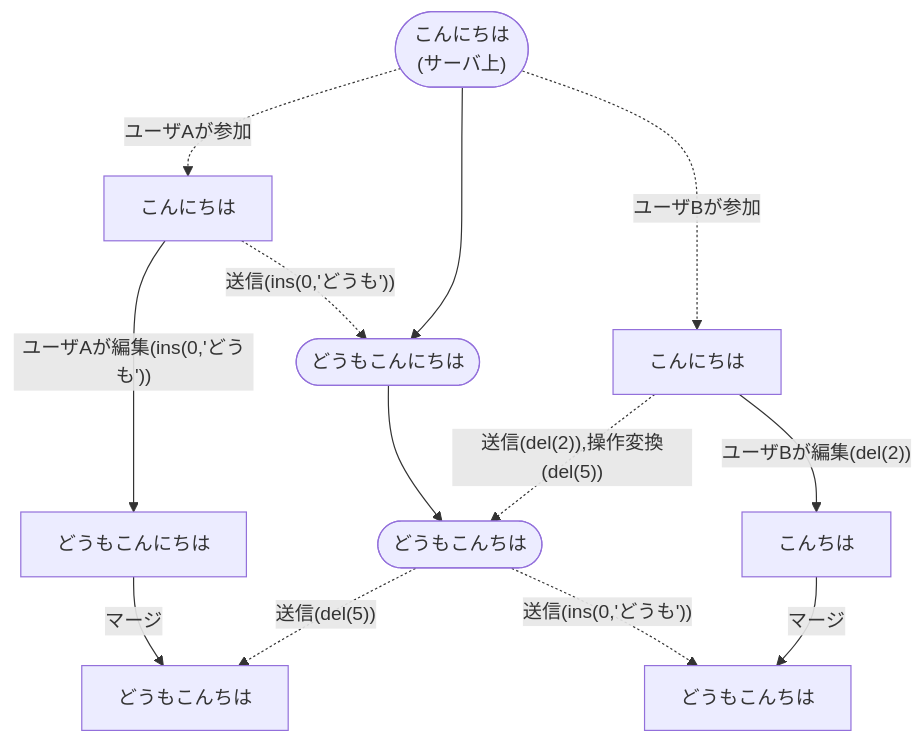
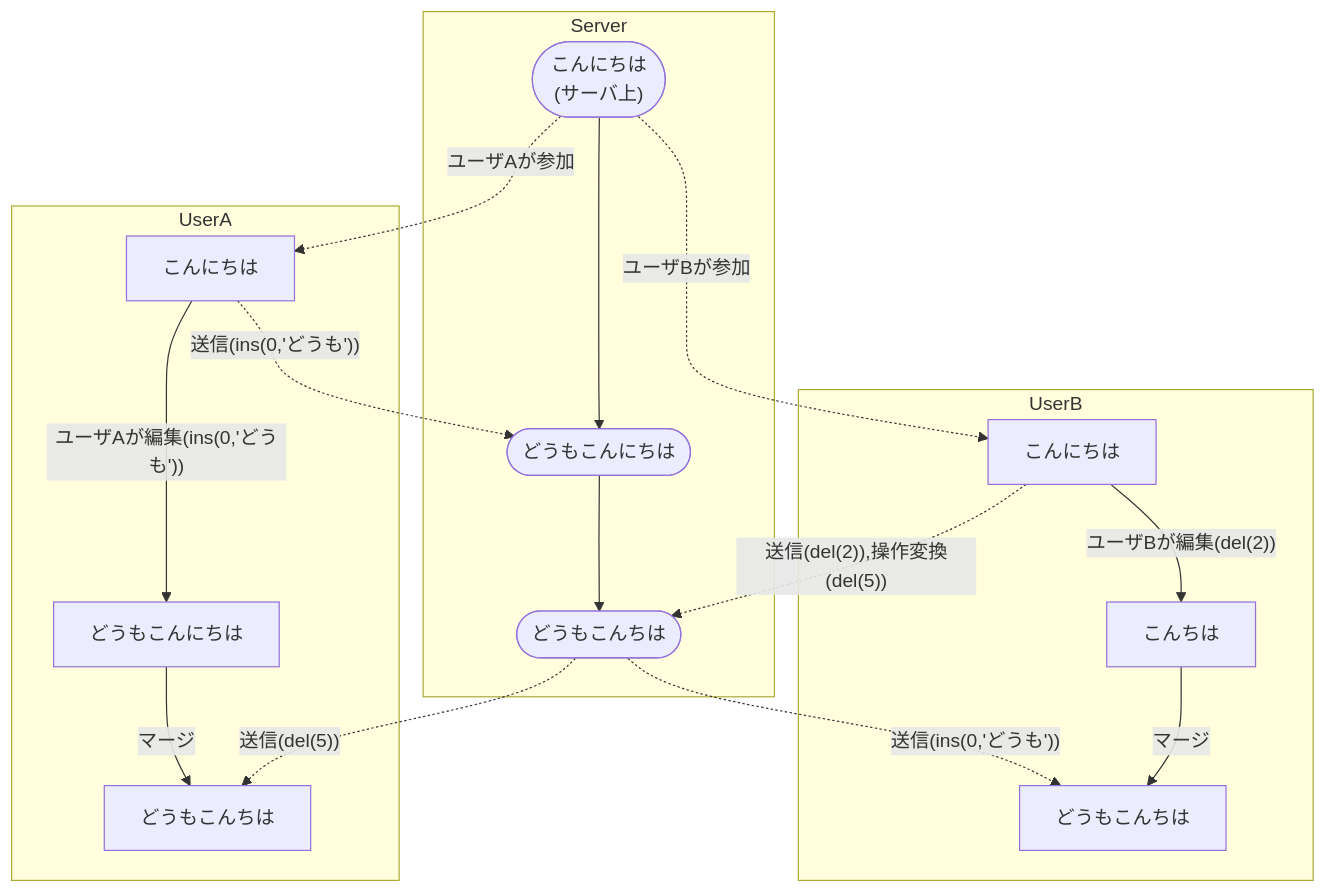
Before and after one commit to kcg-edu-future-lab/sample-ot: the second of 2 diagrams in README.md, drawn with Mermaid.

Commit message:
グループ化

````diff
--- a/README.md
+++ b/README.md
@@ -46,18 +46,30 @@
 ```mermaid
 graph TD;
-  S1(["こんにちは<br>(サーバ上)"])
-  S1-.->|ユーザAが参加|A1[こんにちは]
-  S1-.->|ユーザBが参加|B1["こんにちは"]
-  A1-->|"ユーザAが編集(ins(0,'どうも'))"|A2[どうもこんにちは]
-  A1-.->|"送信(ins(0,'どうも'))"|S2([どうもこんにちは])
+  subgraph Server
+    S1(["こんにちは<br>(サーバ上)"])
+    S2([どうもこんにちは])
+    S3([どうもこんちは])
+  end
+  subgraph UserA
+    A1[こんにちは]
+    A2[どうもこんにちは]
+    A3["どうもこんちは"]
+  end
+  subgraph UserB
+    B1["こんにちは"]
+    B2["こんちは"]
+    B3["どうもこんちは"]
+  end
+  S1-.->|ユーザAが参加|A1
+  S1-.->|ユーザBが参加|B1
+  A1-->|"ユーザAが編集(ins(0,'どうも'))"|A2
+  A1-.->|"送信(ins(0,'どうも'))"|S2
   S1-->S2
-  S2-->S3([どうもこんちは])
-  B1-->|"ユーザBが編集(del(2))"|B2["こんちは"]
+  S2-->S3
+  B1-->|"ユーザBが編集(del(2))"|B2
   B1-.->|"送信(del(2)),操作変換(del(5))"|S3
-  A3["どうもこんちは"]
-  B3["どうもこんちは"]
   A2-->|マージ|A3
   S3-.->|"送信(del(5))"|A3
   S3-.->|"送信(ins(0,'どうも'))"|B3
   B2-->|マージ|B3
 ```
````
